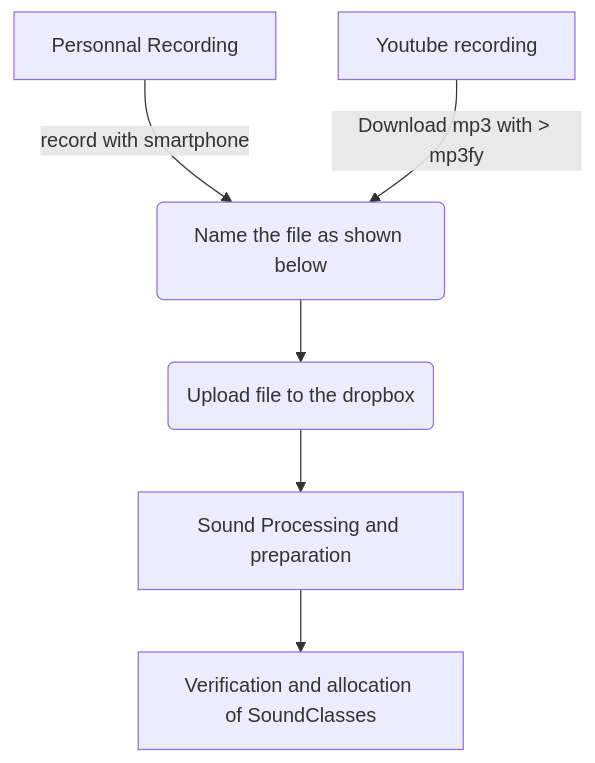
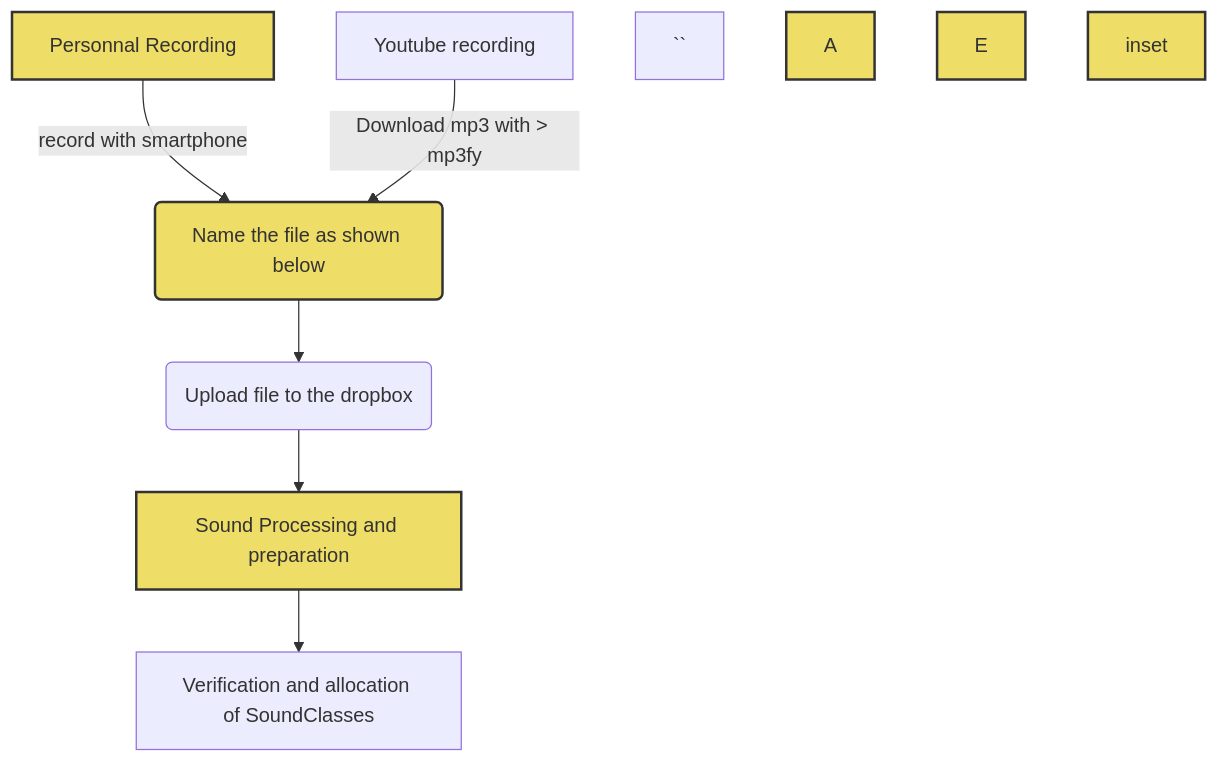
Before and after one commit to FrogBoss74/RealCatTranslator: the diagram in README.md, drawn with Mermaid. The commit also changed other lines of this file, not shown here.

Commit message:
README.md updated from https://stackedit.io/

```````diff
--- a/README.md
+++ b/README.md
@@ -25,10 +25,16 @@
 ```mermaid
 
 graph TD
 A1[Personnal <span>Recording</span>] -->|record with smartphone| B(Name the file as shown below)
 A2[Youtube recording] -->|Download mp3 with > mp3fy| B
 B --> C(Upload file to the dropbox)
 C -->D1[Sound Processing and preparation]
 D1 -->D2[Verification and allocation of SoundClasses]
-class A1 cssClass
-```
+``
+style A1 fill:#ed6,stroke:#333,stroke-width:2px;
+style A fill:#ed6,stroke:#333,stroke-width:2px;
+style B fill:#ed6,stroke:#333,stroke-width:2px;
+style D1 fill:#ed6,stroke:#333,stroke-width:2px;
+style E fill:#ed6,stroke:#333,stroke-width:2px;
+style inset fill:#ed6,stroke:#333,stroke-width:2px;
+``````
```````
